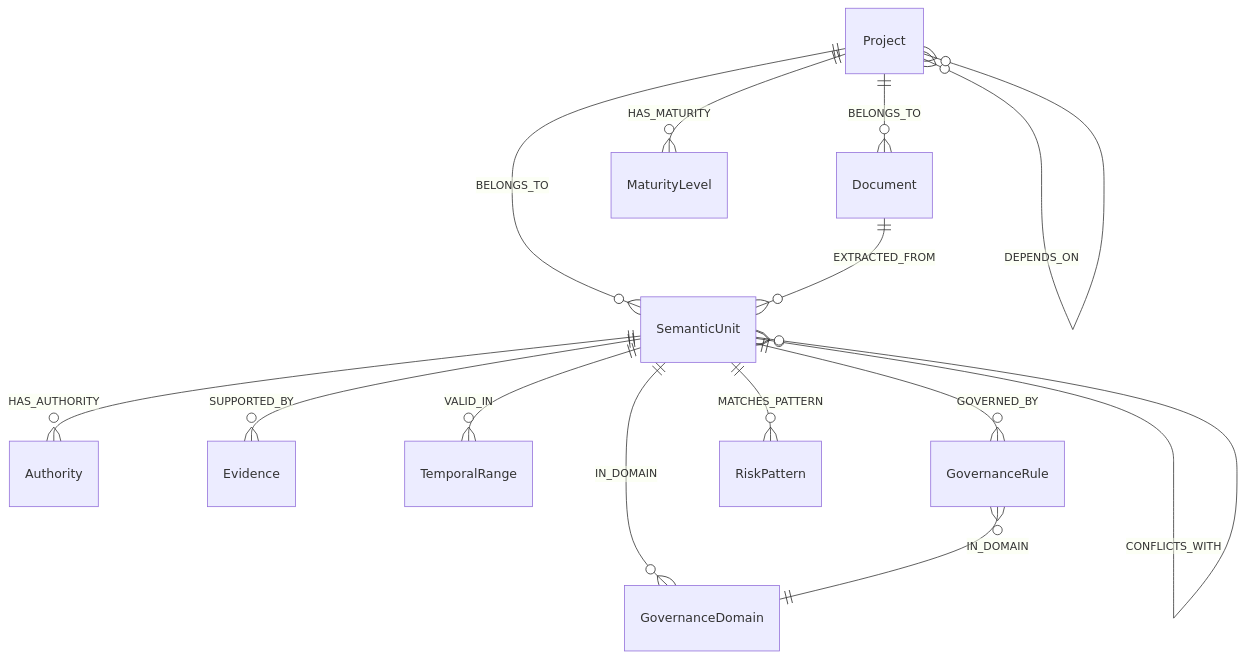
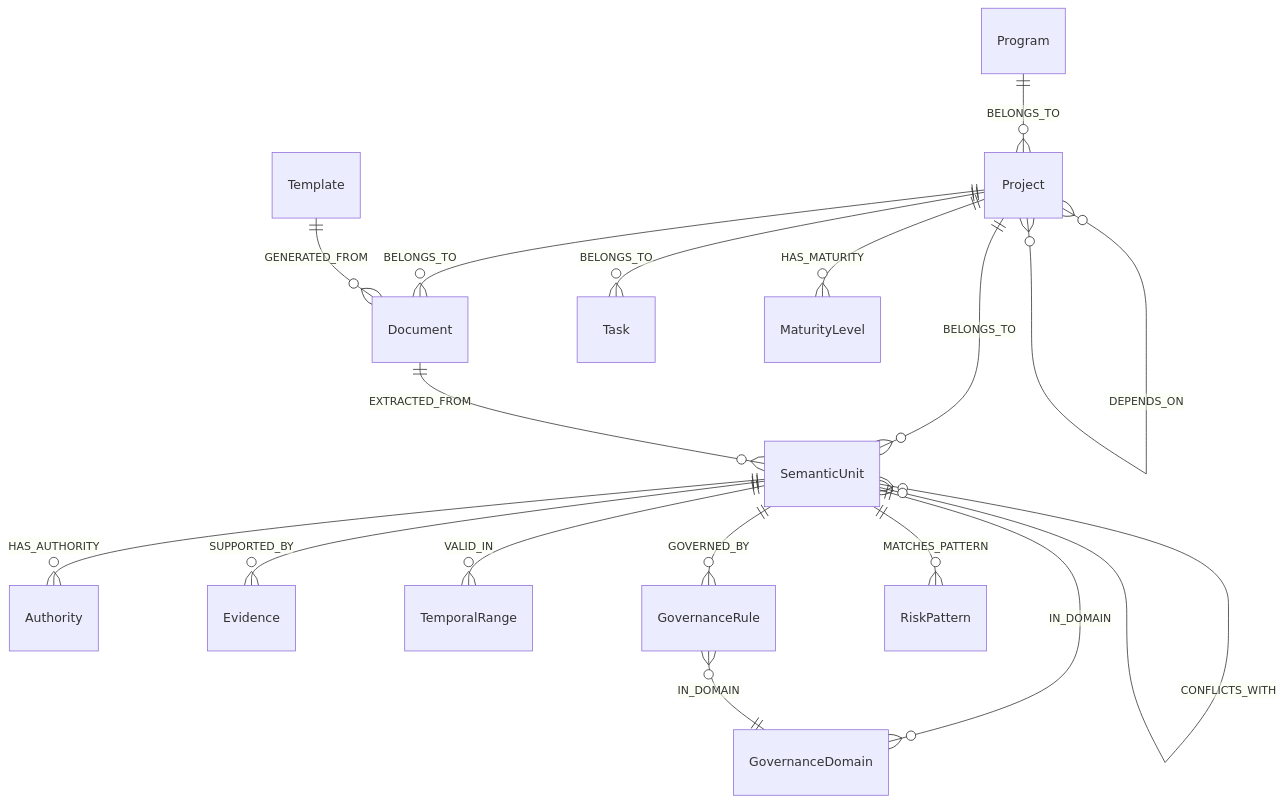
One commit to mdresch/adpa changed the diagram in docs/07-architecture/GKG_SCHEMA.md. Above: the diagram before and after it, drawn with Mermaid. The commit also changed other lines of this file and 53 other files, not shown here.

````diff
--- a/docs/07-architecture/GKG_SCHEMA.md
+++ b/docs/07-architecture/GKG_SCHEMA.md
@@ -300,19 +400,22 @@
 ```mermaid
 erDiagram
+    Program ||--o{ Project : "BELONGS_TO"
     Project ||--o{ Document : "BELONGS_TO"
+    Template ||--o{ Document : "GENERATED_FROM"
+    Project ||--o{ Task : "BELONGS_TO"
     Project ||--o{ SemanticUnit : "BELONGS_TO"
     Document ||--o{ SemanticUnit : "EXTRACTED_FROM"
     Project }o--o{ Project : "DEPENDS_ON"
 
     SemanticUnit ||--o{ Authority : "HAS_AUTHORITY"
     SemanticUnit ||--o{ Evidence : "SUPPORTED_BY"
     SemanticUnit ||--o{ TemporalRange : "VALID_IN"
     SemanticUnit ||--o{ GovernanceRule : "GOVERNED_BY"
     SemanticUnit ||--o{ GovernanceDomain : "IN_DOMAIN"
     SemanticUnit ||--o{ RiskPattern : "MATCHES_PATTERN"
     SemanticUnit }o--o{ SemanticUnit : "TRACES_TO"
     SemanticUnit }o--o{ SemanticUnit : "CONFLICTS_WITH"
 
     Project ||--o{ MaturityLevel : "HAS_MATURITY"
     GovernanceRule }o--|| GovernanceDomain : "IN_DOMAIN"
 ```
````
